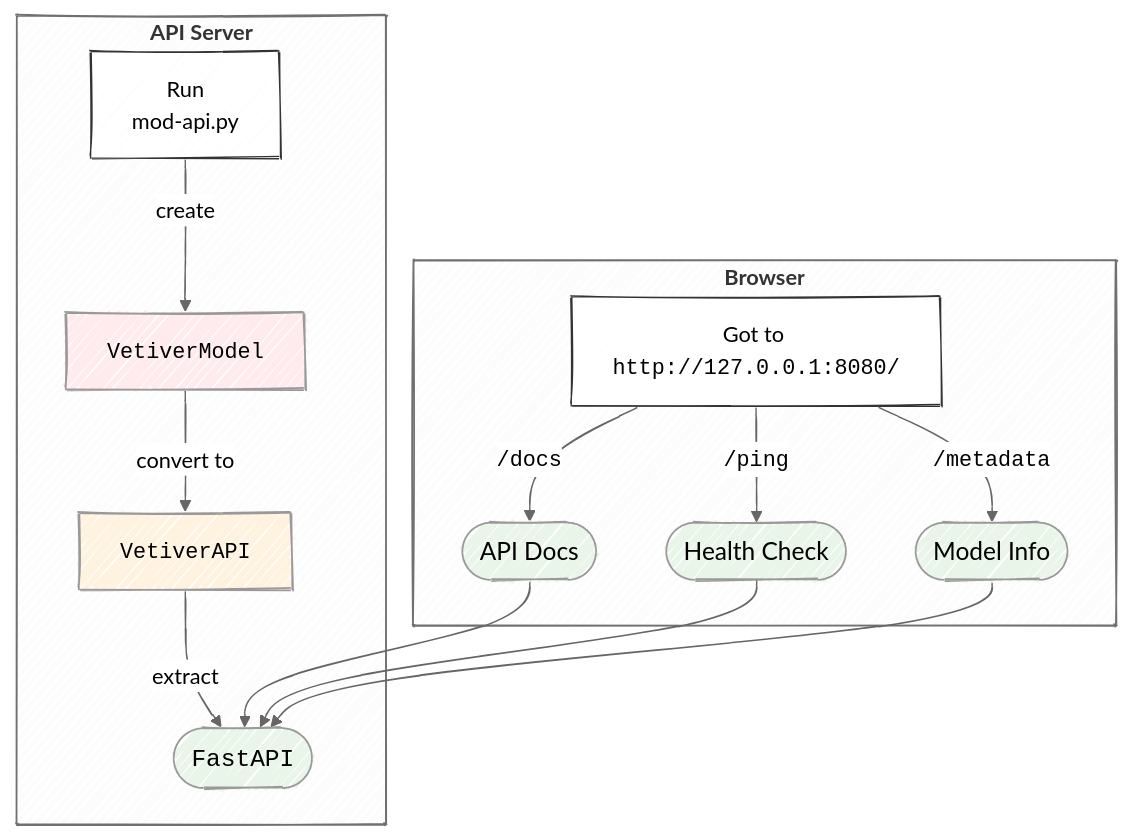
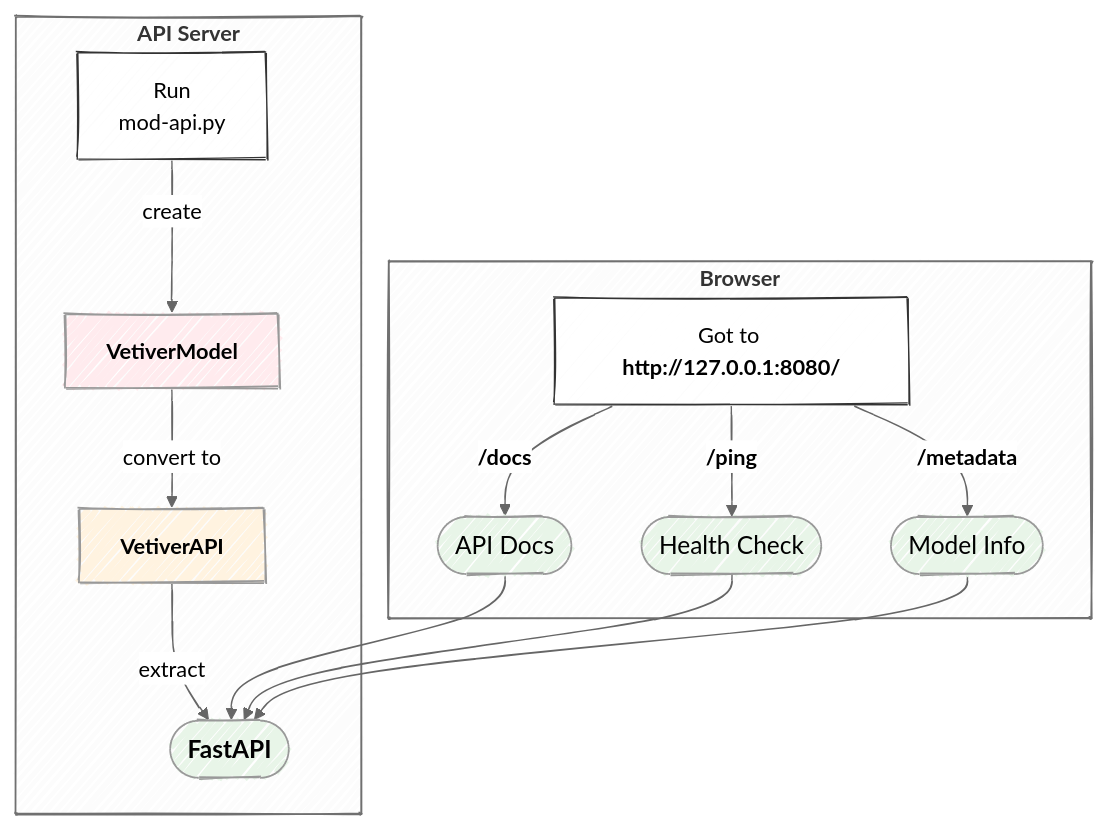
Before and after one commit to mjfrigaard/do4ds-labs: the first of 7 diagrams in py-app-api.qmd, drawn with Mermaid. The commit also changed other lines of this file and 34 other files, not shown here.

Commit message:
updates to mermaid

````diff
--- a/py-app-api.qmd
+++ b/py-app-api.qmd
@@ -43,42 +43,42 @@
 ```{mermaid}
 %%| fig-cap: 'Vetiver API creation'
 %%| fig-align: center
 %%{init: {'theme': 'neutral', 'look': 'handDrawn', 'themeVariables': { 'fontFamily': 'monospace'}}}%%
 graph TD
     subgraph T1["<strong>API Server</strong>"]
-        RunApi["Run<br>mod-api.py"] --"create"--> VetMod["<code>VetiverModel</code>"]
-        VetMod --"convert to"--> VetAPI["<code>VetiverAPI</code>"]
-        VetAPI --"extract"--> FastAPI(["<code>FastAPI</code>"])
+        RunApi["Run<br>mod-api.py"] --"create"--> VetMod["<strong>VetiverModel</strong>"]
+        VetMod --"convert to"--> VetAPI["<strong>VetiverAPI</strong>"]
+        VetAPI --"extract"--> FastAPI(["<strong>FastAPI</strong>"])
     end
     
    subgraph Browse["<strong>Browser</strong>"]
-        Http["`Got to <code>http://</code><code>127.0.0.1:8080/</code>`"] --"<code>/docs</code>"--> Docs(["API Docs"])
-        Http --"<code>/ping</code>"--> Health(["Health Check"])
-        Http --"<code>/metadata</code>"--> Info(["Model Info"])
+        Http["`Got to <strong>http://</strong><strong>127.0.0.1:8080/</strong>`"] --"<strong>/docs</strong>"--> Docs(["API Docs"])
+        Http --"<strong>/ping</strong>"--> Health(["Health Check"])
+        Http --"<strong>/metadata</strong>"--> Info(["Model Info"])
         Docs & Health & Info --> FastAPI
     end
 
     style Http fill:#FFF,color:#000,stroke:#333,stroke-width:1px,rx:20,ry:20,font-size:16px 
     style RunApi fill:#FFF,color:#000,stroke:#333,stroke-width:1px,rx:20,ry:20,font-size:16px 
     
     style VetMod fill:#ffebee
     style VetAPI fill:#fff3e0
     
     style FastAPI fill:#e8f5e8,font-size:18px
     style Docs fill:#e8f5e8,font-size:18px
     style Health fill:#e8f5e8,font-size:18px
     style Info fill:#e8f5e8,font-size:18px
 
     %% subgraphs
     %% style Function fill:#FFF,color:#000,stroke:#333,font-size:14px %%
     %% style BrowserStep stroke:#4CBB9D,color:#000,stroke-width:3px,rx:10,ry:10,font-size:14px  %%
     %% style Debugger fill:#F8F8FA,color:#000,stroke:#4CB7DB,stroke-width:3px,rx:10,ry:10,font-size:14px %%
     
     %% nodes 
     %% style Running fill:#FFF,color:#000,stroke:#333,rx:10,ry:10,font-size:14px %%
     %% style Encounter fill:#4CBB9D,color:#FFFFFF,stroke:none,rx:10,ry:10,font-size:14px %%
     %% style Step1 fill:#4CB7DB,color:#000,stroke:none,rx:15,ry:15,font-size:14px %%
     %% style Step2 fill:#4CB7DB,color:#000,stroke:none,rx:10,ry:10,font-size:14px %%
     %% style ExitBrowser fill:#4CBB9D,color:#FFFFFF,stroke:none,rx:20,ry:10,font-size:14px %%
     %% style Resume fill:#FFF,color:#000,stroke:#333,rx:10,ry:10,font-size:14px %%
 ```
````
